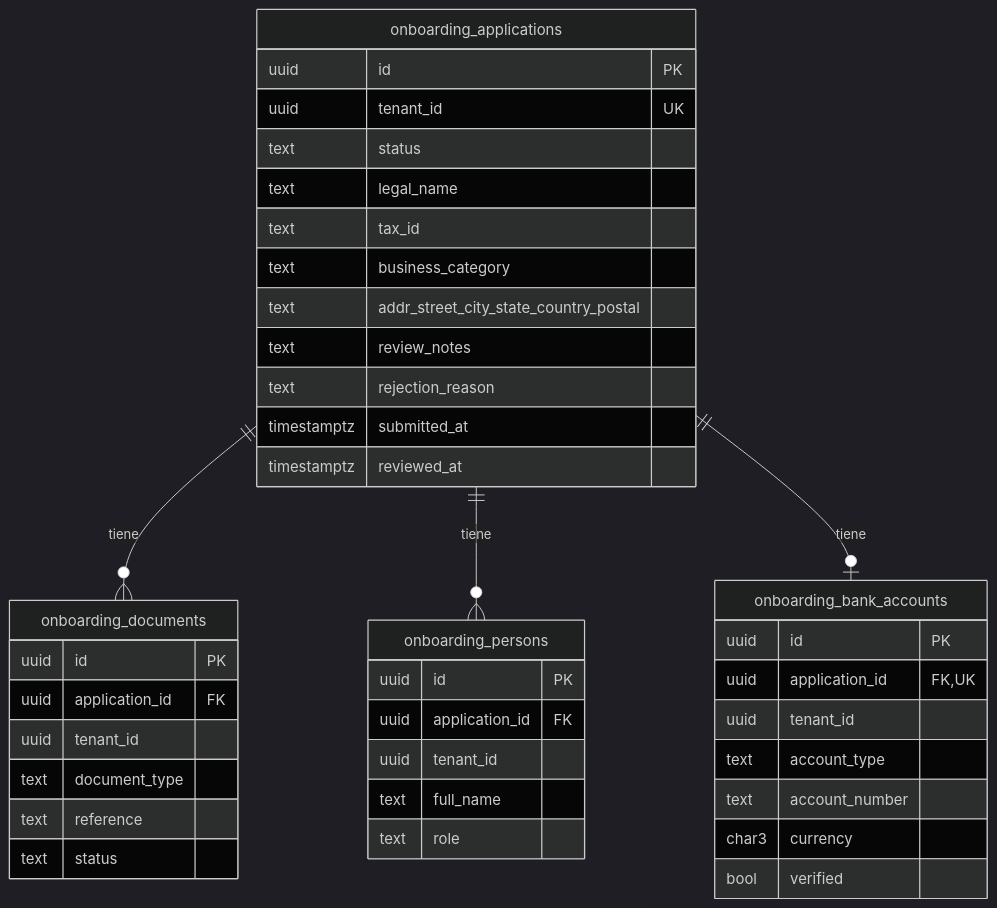
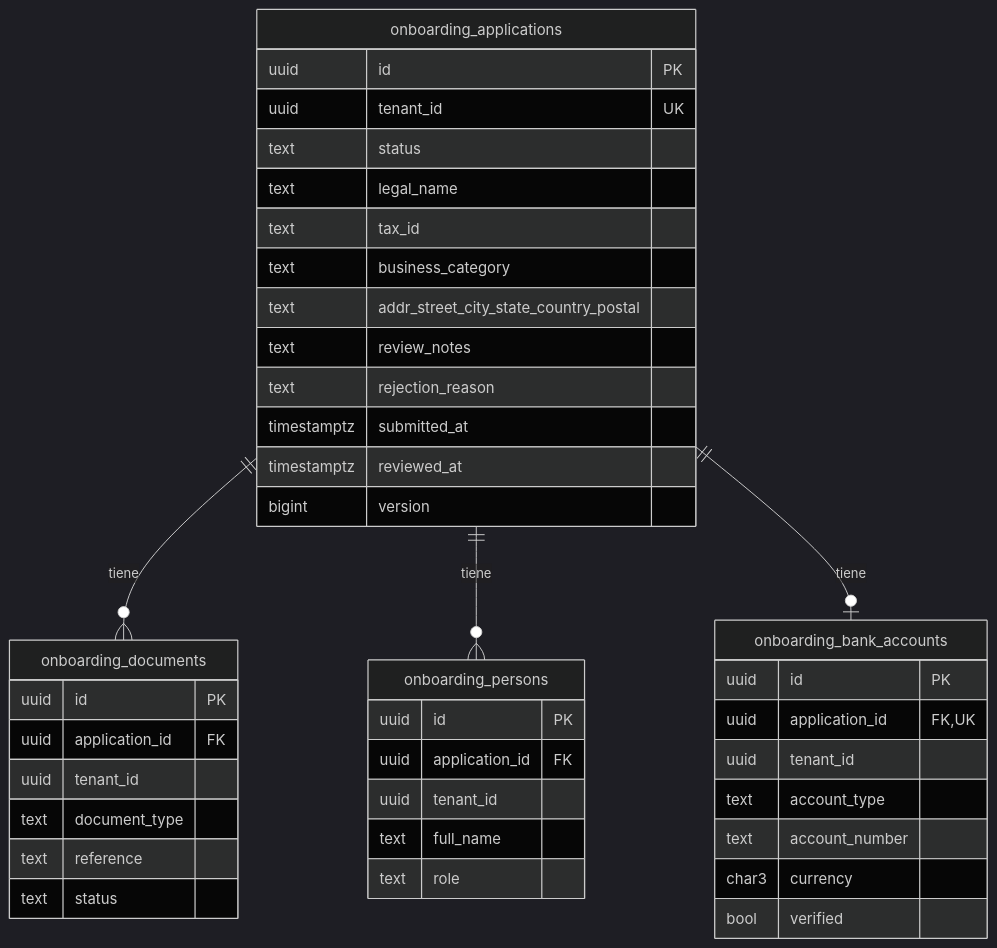
One commit to juantevez/cobros-platform changed the third of 3 diagrams in docs/technical/ONBOARDING.md. Above: the diagram before and after it, drawn with Mermaid (dark theme). The commit also changed other lines of this file and 23 other files, not shown here.

````diff
--- a/docs/technical/ONBOARDING.md
+++ b/docs/technical/ONBOARDING.md
@@ -365,44 +380,45 @@
 ```mermaid
 erDiagram
     onboarding_applications ||--o{ onboarding_documents : tiene
     onboarding_applications ||--o{ onboarding_persons : tiene
     onboarding_applications ||--o| onboarding_bank_accounts : tiene
 
     onboarding_applications {
         uuid id PK
         uuid tenant_id UK
         text status
         text legal_name
         text tax_id
         text business_category
         text addr_street_city_state_country_postal
         text review_notes
         text rejection_reason
         timestamptz submitted_at
         timestamptz reviewed_at
+        bigint version
     }
     onboarding_documents {
         uuid id PK
         uuid application_id FK
         uuid tenant_id
         text document_type
         text reference
         text status
     }
     onboarding_persons {
         uuid id PK
         uuid application_id FK
         uuid tenant_id
         text full_name
         text role
     }
     onboarding_bank_accounts {
         uuid id PK
         uuid application_id FK,UK
         uuid tenant_id
         text account_type
         text account_number
         char3 currency
         bool verified
     }
 ```
````
